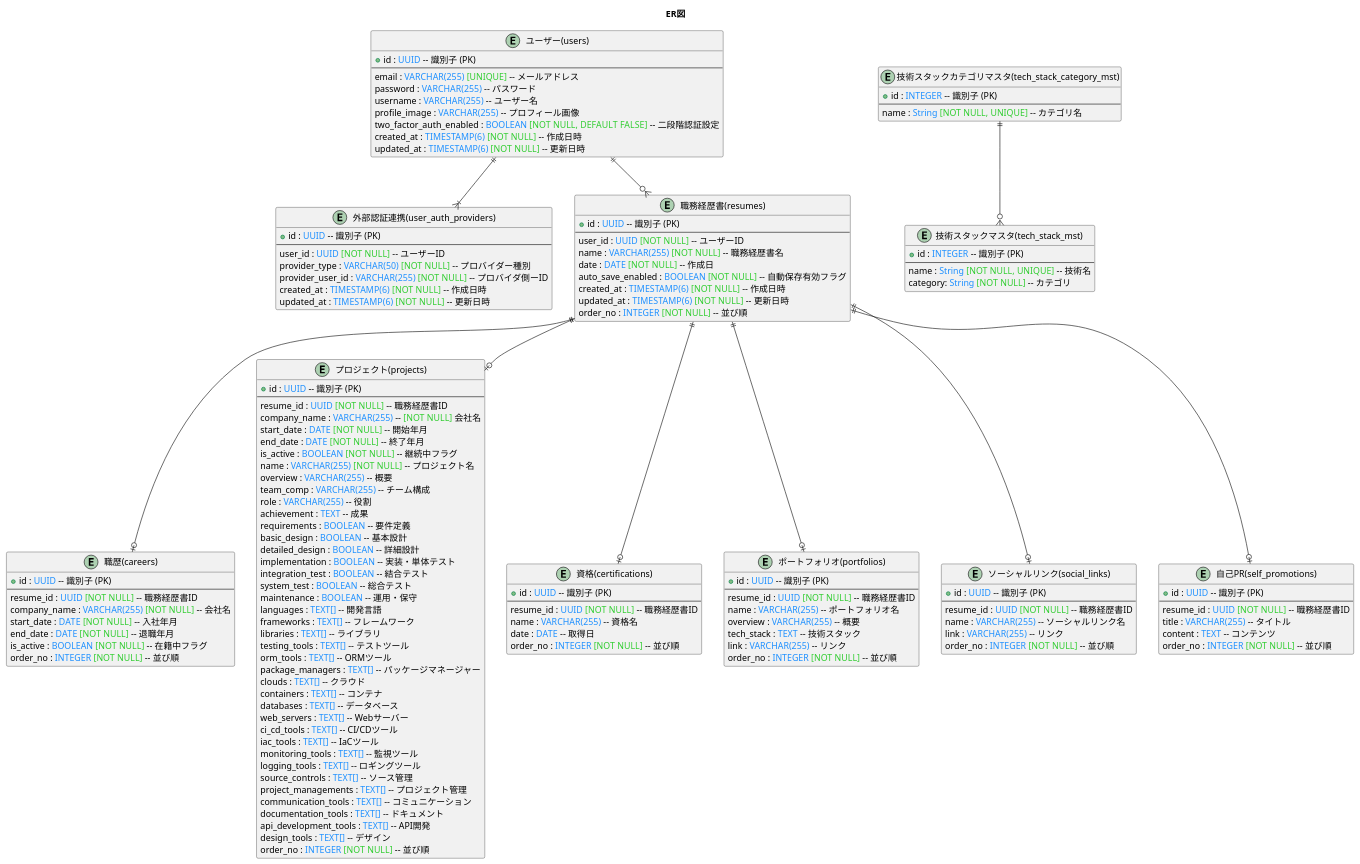
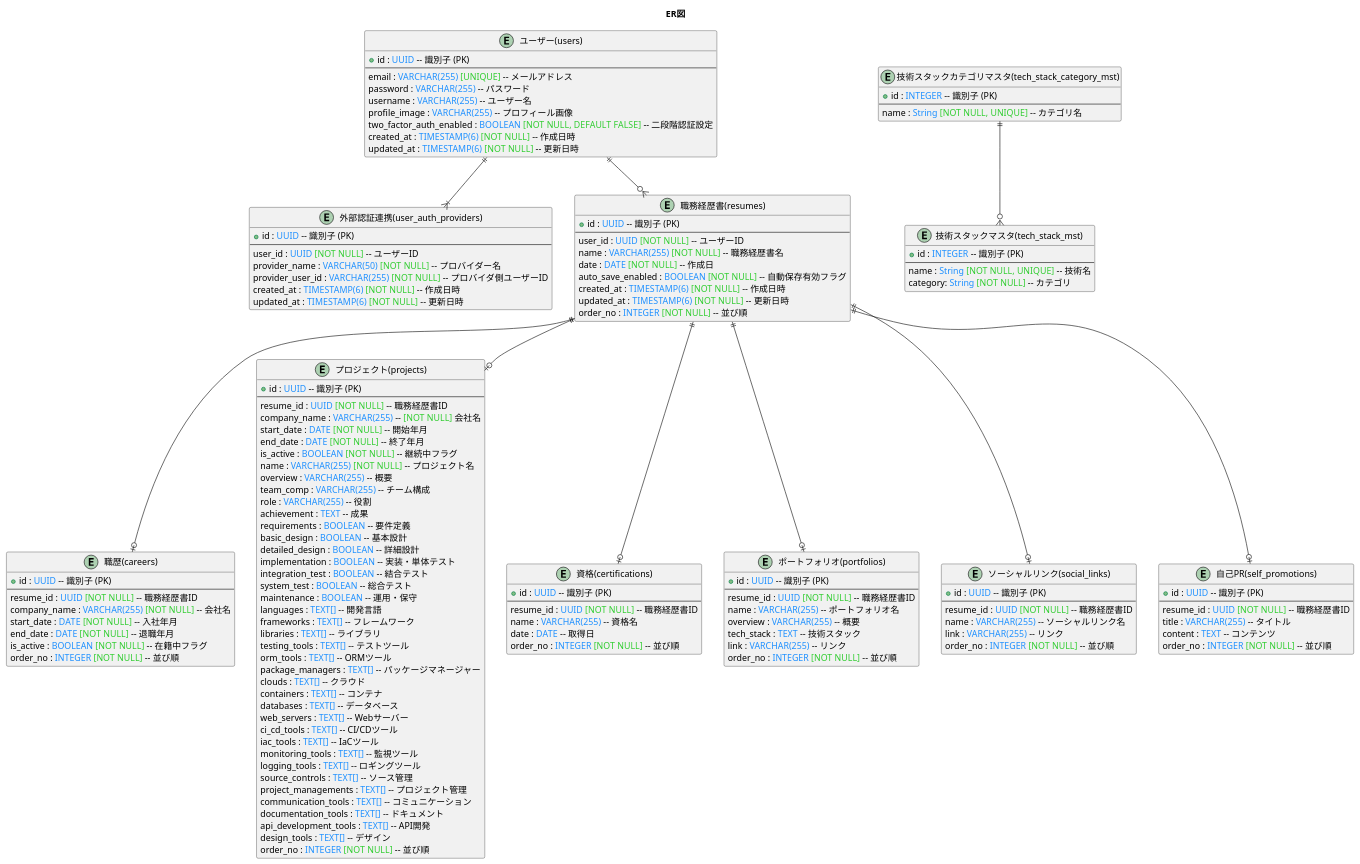
The diagram in doc/DB設計/ER図.pu (DogisRiki/KeirekiPro), drawn with PlantUML before and after one commit. The commit also changed 79 other files, not shown here.

```diff
--- a/doc/DB設計/ER図.pu
+++ b/doc/DB設計/ER図.pu
@@ -1,159 +1,159 @@
 @startuml ER図
 
 title ER図
 
 entity "ユーザー(users)" as users {
     + id : <color:#1E90FF>UUID</color> -- 識別子 (PK)
     --
     email : <color:#1E90FF>VARCHAR(255)</color> <color:#32CD32>[UNIQUE]</color> -- メールアドレス
     password : <color:#1E90FF>VARCHAR(255)</color> -- パスワード
     username : <color:#1E90FF>VARCHAR(255)</color> -- ユーザー名
     profile_image : <color:#1E90FF>VARCHAR(255)</color> -- プロフィール画像
     two_factor_auth_enabled : <color:#1E90FF>BOOLEAN</color> <color:#32CD32>[NOT NULL, DEFAULT FALSE]</color> -- 二段階認証設定
     created_at : <color:#1E90FF>TIMESTAMP(6)</color> <color:#32CD32>[NOT NULL]</color> -- 作成日時
     updated_at : <color:#1E90FF>TIMESTAMP(6)</color> <color:#32CD32>[NOT NULL]</color> -- 更新日時
 }
 
 entity "外部認証連携(user_auth_providers)" as UserAuthProviders {
     + id : <color:#1E90FF>UUID</color> -- 識別子 (PK)
     --
     user_id : <color:#1E90FF>UUID</color> <color:#32CD32>[NOT NULL]</color> -- ユーザーID
-    provider_type : <color:#1E90FF>VARCHAR(50)</color> <color:#32CD32>[NOT NULL]</color> -- プロバイダー種別
-    provider_user_id : <color:#1E90FF>VARCHAR(255)</color> <color:#32CD32>[NOT NULL]</color> -- プロバイダ側ーID
+    provider_name : <color:#1E90FF>VARCHAR(50)</color> <color:#32CD32>[NOT NULL]</color> -- プロバイダー名
+    provider_user_id : <color:#1E90FF>VARCHAR(255)</color> <color:#32CD32>[NOT NULL]</color> -- プロバイダ側ユーザーID
     created_at : <color:#1E90FF>TIMESTAMP(6)</color> <color:#32CD32>[NOT NULL]</color> -- 作成日時
     updated_at : <color:#1E90FF>TIMESTAMP(6)</color> <color:#32CD32>[NOT NULL]</color> -- 更新日時
 }
 
 entity "職務経歴書(resumes)" as Resumes {
     + id : <color:#1E90FF>UUID</color> -- 識別子 (PK)
     --
     user_id : <color:#1E90FF>UUID</color> <color:#32CD32>[NOT NULL]</color> -- ユーザーID
     name : <color:#1E90FF>VARCHAR(255)</color> <color:#32CD32>[NOT NULL]</color> -- 職務経歴書名
     date : <color:#1E90FF>DATE</color> <color:#32CD32>[NOT NULL]</color> -- 作成日
     auto_save_enabled : <color:#1E90FF>BOOLEAN</color> <color:#32CD32>[NOT NULL]</color> -- 自動保存有効フラグ
     created_at : <color:#1E90FF>TIMESTAMP(6)</color> <color:#32CD32>[NOT NULL]</color> -- 作成日時
     updated_at : <color:#1E90FF>TIMESTAMP(6)</color> <color:#32CD32>[NOT NULL]</color> -- 更新日時
     order_no : <color:#1E90FF>INTEGER</color> <color:#32CD32>[NOT NULL]</color> -- 並び順
 }
 
 entity "職歴(careers)" as Careers {
     + id : <color:#1E90FF>UUID</color> -- 識別子 (PK)
     --
     resume_id : <color:#1E90FF>UUID</color> <color:#32CD32>[NOT NULL]</color> -- 職務経歴書ID
     company_name : <color:#1E90FF>VARCHAR(255)</color> <color:#32CD32>[NOT NULL]</color> -- 会社名
     start_date : <color:#1E90FF>DATE</color> <color:#32CD32>[NOT NULL]</color> -- 入社年月
     end_date : <color:#1E90FF>DATE</color> <color:#32CD32>[NOT NULL]</color> -- 退職年月
     is_active : <color:#1E90FF>BOOLEAN</color> <color:#32CD32>[NOT NULL]</color> -- 在籍中フラグ
     order_no : <color:#1E90FF>INTEGER</color> <color:#32CD32>[NOT NULL]</color> -- 並び順
 }
 
 entity "プロジェクト(projects)" as Projects {
     + id : <color:#1E90FF>UUID</color> -- 識別子 (PK)
     --
     resume_id : <color:#1E90FF>UUID</color> <color:#32CD32>[NOT NULL]</color> -- 職務経歴書ID
     company_name : <color:#1E90FF>VARCHAR(255)</color> -- <color:#32CD32>[NOT NULL]</color> 会社名
     start_date : <color:#1E90FF>DATE</color> <color:#32CD32>[NOT NULL]</color> -- 開始年月
     end_date : <color:#1E90FF>DATE</color> <color:#32CD32>[NOT NULL]</color> -- 終了年月
     is_active : <color:#1E90FF>BOOLEAN</color> <color:#32CD32>[NOT NULL]</color> -- 継続中フラグ
     name : <color:#1E90FF>VARCHAR(255)</color> <color:#32CD32>[NOT NULL]</color> -- プロジェクト名
     overview : <color:#1E90FF>VARCHAR(255)</color> -- 概要
     team_comp : <color:#1E90FF>VARCHAR(255)</color> -- チーム構成
     role : <color:#1E90FF>VARCHAR(255)</color> -- 役割
     achievement : <color:#1E90FF>TEXT</color> -- 成果
     requirements : <color:#1E90FF>BOOLEAN</color> -- 要件定義
     basic_design : <color:#1E90FF>BOOLEAN</color> -- 基本設計
     detailed_design : <color:#1E90FF>BOOLEAN</color> -- 詳細設計
     implementation : <color:#1E90FF>BOOLEAN</color> -- 実装・単体テスト
     integration_test : <color:#1E90FF>BOOLEAN</color> -- 結合テスト
     system_test : <color:#1E90FF>BOOLEAN</color> -- 総合テスト
     maintenance : <color:#1E90FF>BOOLEAN</color> -- 運用・保守
     languages : <color:#1E90FF>TEXT[]</color> -- 開発言語
     frameworks : <color:#1E90FF>TEXT[]</color> -- フレームワーク
     libraries : <color:#1E90FF>TEXT[]</color> -- ライブラリ
     testing_tools : <color:#1E90FF>TEXT[]</color> -- テストツール
     orm_tools : <color:#1E90FF>TEXT[]</color> -- ORMツール
     package_managers : <color:#1E90FF>TEXT[]</color> -- パッケージマネージャー
     clouds : <color:#1E90FF>TEXT[]</color> -- クラウド
     containers : <color:#1E90FF>TEXT[]</color> -- コンテナ
     databases : <color:#1E90FF>TEXT[]</color> -- データベース
     web_servers : <color:#1E90FF>TEXT[]</color> -- Webサーバー
     ci_cd_tools : <color:#1E90FF>TEXT[]</color> -- CI/CDツール
     iac_tools : <color:#1E90FF>TEXT[]</color> -- IaCツール
     monitoring_tools : <color:#1E90FF>TEXT[]</color> -- 監視ツール
     logging_tools : <color:#1E90FF>TEXT[]</color> -- ロギングツール
     source_controls : <color:#1E90FF>TEXT[]</color> -- ソース管理
     project_managements : <color:#1E90FF>TEXT[]</color> -- プロジェクト管理
     communication_tools : <color:#1E90FF>TEXT[]</color> -- コミュニケーション
     documentation_tools : <color:#1E90FF>TEXT[]</color> -- ドキュメント
     api_development_tools : <color:#1E90FF>TEXT[]</color> -- API開発
     design_tools : <color:#1E90FF>TEXT[]</color> -- デザイン
     order_no : <color:#1E90FF>INTEGER</color> <color:#32CD32>[NOT NULL]</color> -- 並び順
 }
 
 entity "資格(certifications)" as Certifications {
     + id : <color:#1E90FF>UUID</color> -- 識別子 (PK)
     --
     resume_id : <color:#1E90FF>UUID</color> <color:#32CD32>[NOT NULL]</color> -- 職務経歴書ID
     name : <color:#1E90FF>VARCHAR(255)</color> -- 資格名
     date : <color:#1E90FF>DATE</color> -- 取得日
     order_no : <color:#1E90FF>INTEGER</color> <color:#32CD32>[NOT NULL]</color> -- 並び順
 }
 
 entity "ポートフォリオ(portfolios)" as Portfolios {
     + id : <color:#1E90FF>UUID</color> -- 識別子 (PK)
     --
     resume_id : <color:#1E90FF>UUID</color> <color:#32CD32>[NOT NULL]</color> -- 職務経歴書ID
     name : <color:#1E90FF>VARCHAR(255)</color> -- ポートフォリオ名
     overview : <color:#1E90FF>VARCHAR(255)</color> -- 概要
     tech_stack : <color:#1E90FF>TEXT</color> -- 技術スタック
     link : <color:#1E90FF>VARCHAR(255)</color> -- リンク
     order_no : <color:#1E90FF>INTEGER</color> <color:#32CD32>[NOT NULL]</color> -- 並び順
 }
 
 entity "ソーシャルリンク(social_links)" as SocialLinks {
     + id : <color:#1E90FF>UUID</color> -- 識別子 (PK)
     --
     resume_id : <color:#1E90FF>UUID</color> <color:#32CD32>[NOT NULL]</color> -- 職務経歴書ID
     name : <color:#1E90FF>VARCHAR(255)</color> -- ソーシャルリンク名
     link : <color:#1E90FF>VARCHAR(255)</color> -- リンク
     order_no : <color:#1E90FF>INTEGER</color> <color:#32CD32>[NOT NULL]</color> -- 並び順
 }
 
 entity "自己PR(self_promotions)" as SelfPromotions {
     + id : <color:#1E90FF>UUID</color> -- 識別子 (PK)
     --
     resume_id : <color:#1E90FF>UUID</color> <color:#32CD32>[NOT NULL]</color> -- 職務経歴書ID
     title : <color:#1E90FF>VARCHAR(255)</color> -- タイトル
     content : <color:#1E90FF>TEXT</color> -- コンテンツ
     order_no : <color:#1E90FF>INTEGER</color> <color:#32CD32>[NOT NULL]</color> -- 並び順
 }
 
 entity "技術スタックマスタ(tech_stack_mst)" as TechStackMst {
     + id : <color:#1E90FF>INTEGER</color> -- 識別子 (PK)
     --
     name : <color:#1E90FF>String</color> <color:#32CD32>[NOT NULL, UNIQUE]</color> -- 技術名
     category: <color:#1E90FF>String</color> <color:#32CD32>[NOT NULL]</color> -- カテゴリ
 }
 
 entity "技術スタックカテゴリマスタ(tech_stack_category_mst)" as TechStackCategoryMst {
     + id : <color:#1E90FF>INTEGER</color> -- 識別子 (PK)
     --
     name : <color:#1E90FF>String</color> <color:#32CD32>[NOT NULL, UNIQUE]</color> -- カテゴリ名
 }
 
 ' ----------------------
 ' リレーション定義
 ' ----------------------
 users ||--o{ Resumes
 users ||--|{ UserAuthProviders
 
 Resumes ||--o| Careers
 Resumes ||--o| Projects
 Resumes ||--o| Certifications
 Resumes ||--o| Portfolios
 Resumes ||--o| SocialLinks
 Resumes ||--o| SelfPromotions
 
 TechStackCategoryMst ||--o{ TechStackMst
 
 @enduml
```
